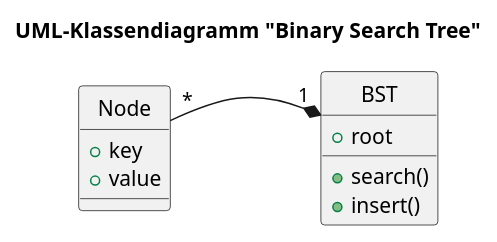
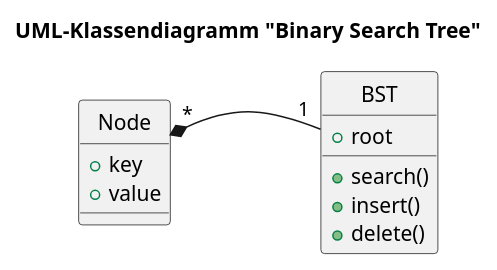
Before and after one commit to I-gW-23-27/Skript: the diagram in docs/240604/images/bst.puml, drawn with PlantUML. The commit also changed 3 other files, not shown here.

```diff
--- a/docs/240604/images/bst.puml
+++ b/docs/240604/images/bst.puml
@@ -1,26 +1,27 @@
 @startuml
 title UML-Klassendiagramm "Binary Search Tree" 
 skinparam Nodesep 100
 hide circle 
 hide <<notImplemented>> stereotype
 <style>
 .notImplemented {
     BackgroundColor GhostWhite
 }
 </style> 
 class Node {
     + key 
     + value 
 }
 class BST {
     + root
     + search() 
     + insert() 
+    + delete() 
 }
 
 
 Node -[hidden]> BST
  
-BST "1" *-- "*" Node 
+BST "1" --* "*" Node 
 
 @enduml
```
